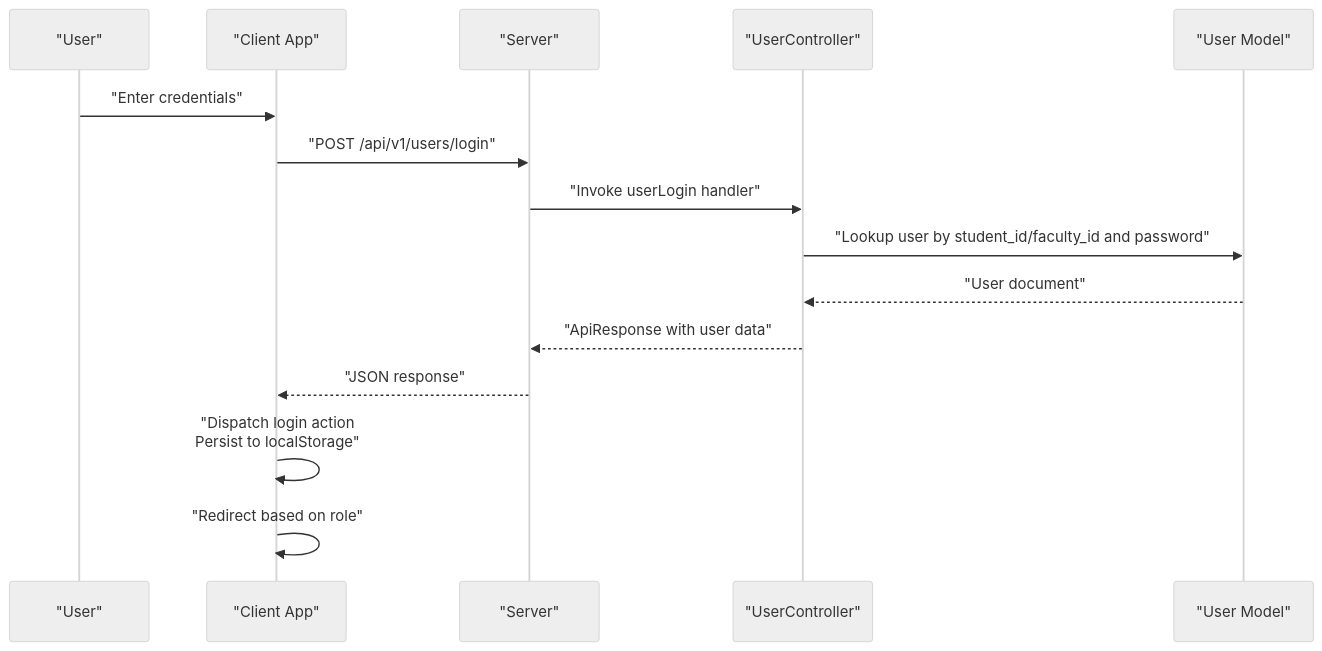
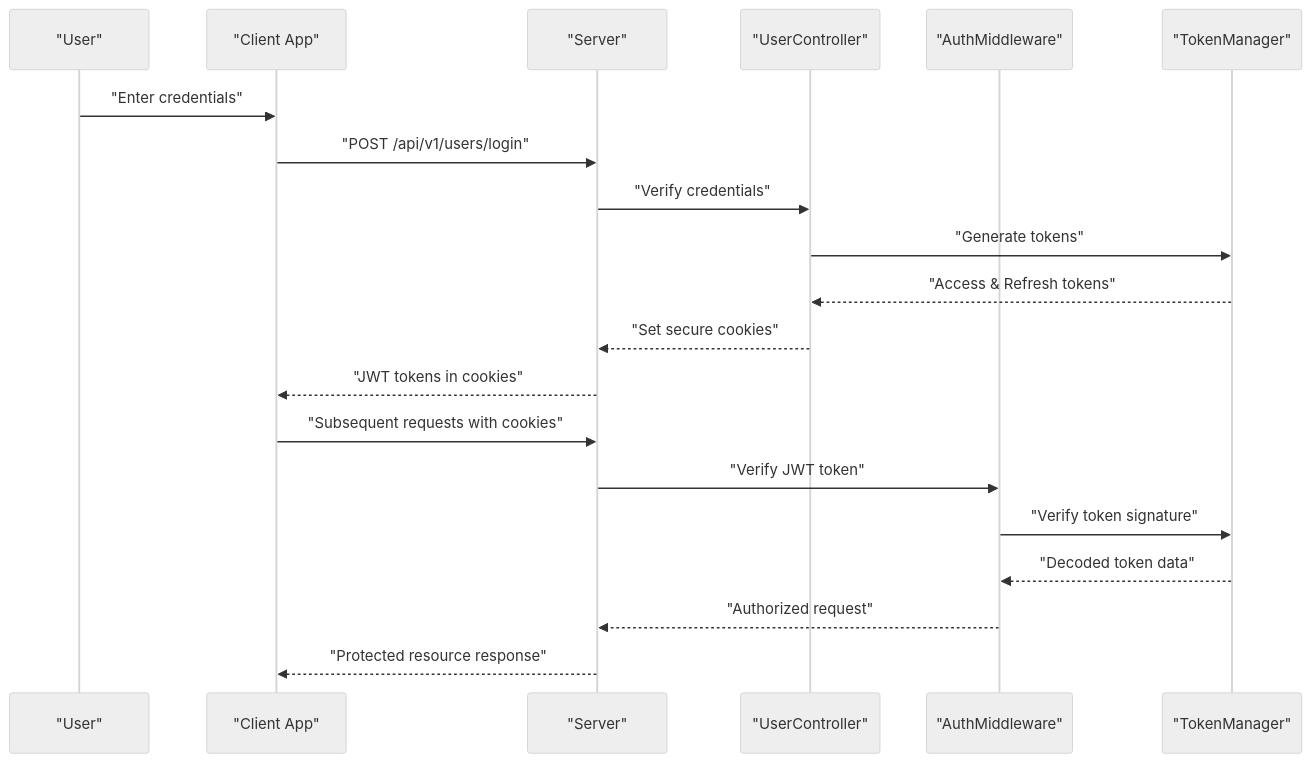
The second of 11 diagrams in .qoder/repowiki/en/content/Authentication & Authorization/Authentication & Authorization.md (Aryan9060/Timetable-Project), drawn with Mermaid (neutral theme) before and after one commit. The commit also changed other lines of this file and 15 other files, not shown here.

````diff
--- a/.qoder/repowiki/en/content/Authentication & Authorization/Authentication & Authorization.md
+++ b/.qoder/repowiki/en/content/Authentication & Authorization/Authentication & Authorization.md
@@ -138,17 +170,22 @@
 ```mermaid
 sequenceDiagram
 participant U as "User"
 participant C as "Client App"
 participant S as "Server"
 participant UC as "UserController"
-participant UM as "User Model"
+participant AM as "AuthMiddleware"
+participant TM as "TokenManager"
 U->>C : "Enter credentials"
 C->>S : "POST /api/v1/users/login"
-S->>UC : "Invoke userLogin handler"
-UC->>UM : "Lookup user by student_id/faculty_id and password"
-UM-->>UC : "User document"
-UC-->>S : "ApiResponse with user data"
-S-->>C : "JSON response"
-C->>C : "Dispatch login action<br/>Persist to localStorage"
-C->>C : "Redirect based on role"
+S->>UC : "Verify credentials"
+UC->>TM : "Generate tokens"
+TM-->>UC : "Access & Refresh tokens"
+UC-->>S : "Set secure cookies"
+S-->>C : "JWT tokens in cookies"
+C->>S : "Subsequent requests with cookies"
+S->>AM : "Verify JWT token"
+AM->>TM : "Verify token signature"
+TM-->>AM : "Decoded token data"
+AM-->>S : "Authorized request"
+S-->>C : "Protected resource response"
 ```
````
